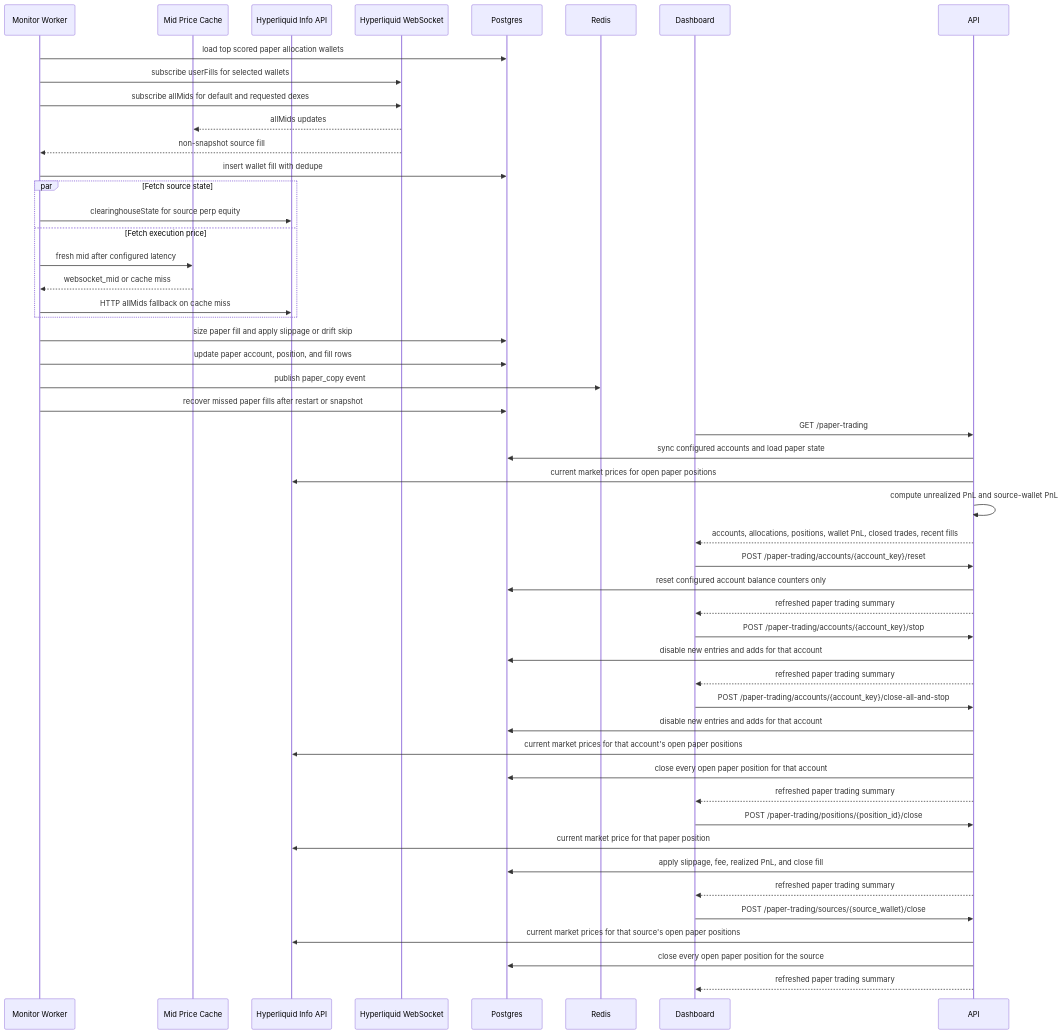
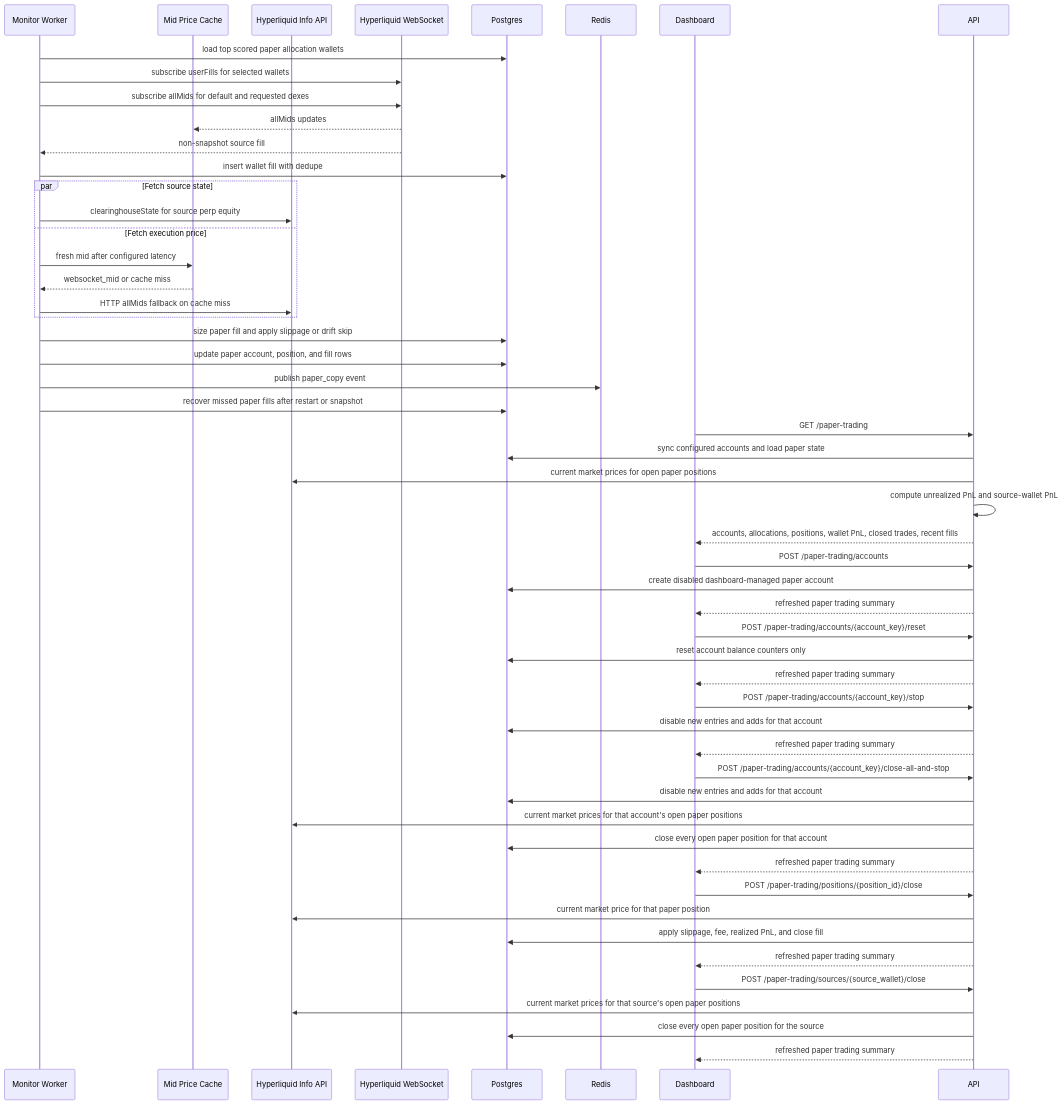
One commit to DrottPoker/copytrading-agent changed the tenth of 10 diagrams in docs/architecture.md. Above: the diagram before and after it, drawn with Mermaid. The commit also changed other lines of this file and 17 other files, not shown here.

````diff
--- a/docs/architecture.md
+++ b/docs/architecture.md
@@ -543,52 +543,55 @@
 ```mermaid
 sequenceDiagram
   participant Worker as Monitor Worker
   participant PriceCache as Mid Price Cache
   participant HL as Hyperliquid Info API
   participant WS as Hyperliquid WebSocket
   participant DB as Postgres
   participant Redis as Redis
   participant UI as Dashboard
 
   Worker->>DB: load top scored paper allocation wallets
   Worker->>WS: subscribe userFills for selected wallets
   Worker->>WS: subscribe allMids for default and requested dexes
   WS-->>PriceCache: allMids updates
   WS-->>Worker: non-snapshot source fill
   Worker->>DB: insert wallet fill with dedupe
   par Fetch source state
     Worker->>HL: clearinghouseState for source perp equity
   and Fetch execution price
     Worker->>PriceCache: fresh mid after configured latency
     PriceCache-->>Worker: websocket_mid or cache miss
     Worker->>HL: HTTP allMids fallback on cache miss
   end
   Worker->>DB: size paper fill and apply slippage or drift skip
   Worker->>DB: update paper account, position, and fill rows
   Worker->>Redis: publish paper_copy event
   Worker->>DB: recover missed paper fills after restart or snapshot
   UI->>API: GET /paper-trading
   API->>DB: sync configured accounts and load paper state
   API->>HL: current market prices for open paper positions
   API->>API: compute unrealized PnL and source-wallet PnL
   API-->>UI: accounts, allocations, positions, wallet PnL, closed trades, recent fills
+  UI->>API: POST /paper-trading/accounts
+  API->>DB: create disabled dashboard-managed paper account
+  API-->>UI: refreshed paper trading summary
   UI->>API: POST /paper-trading/accounts/{account_key}/reset
-  API->>DB: reset configured account balance counters only
+  API->>DB: reset account balance counters only
   API-->>UI: refreshed paper trading summary
   UI->>API: POST /paper-trading/accounts/{account_key}/stop
   API->>DB: disable new entries and adds for that account
   API-->>UI: refreshed paper trading summary
   UI->>API: POST /paper-trading/accounts/{account_key}/close-all-and-stop
   API->>DB: disable new entries and adds for that account
   API->>HL: current market prices for that account's open paper positions
   API->>DB: close every open paper position for that account
   API-->>UI: refreshed paper trading summary
   UI->>API: POST /paper-trading/positions/{position_id}/close
   API->>HL: current market price for that paper position
   API->>DB: apply slippage, fee, realized PnL, and close fill
   API-->>UI: refreshed paper trading summary
   UI->>API: POST /paper-trading/sources/{source_wallet}/close
   API->>HL: current market prices for that source's open paper positions
   API->>DB: close every open paper position for the source
   API-->>UI: refreshed paper trading summary
 ```
````
